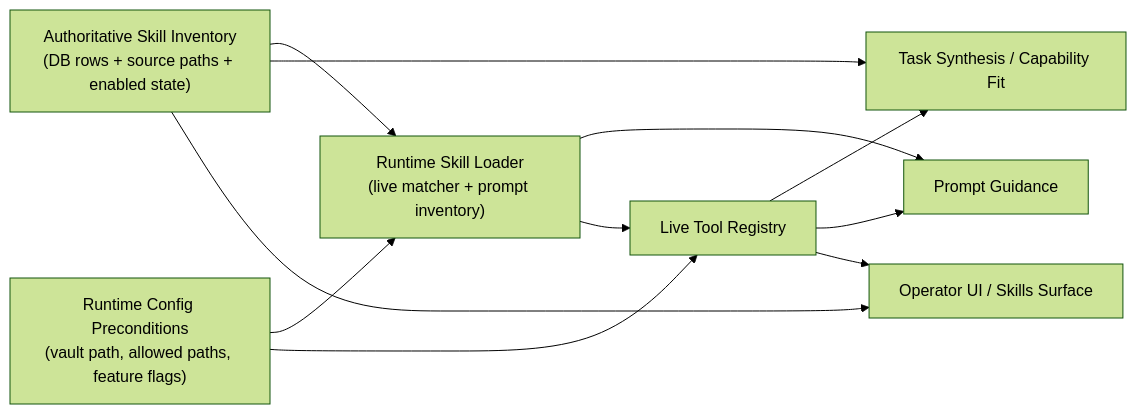
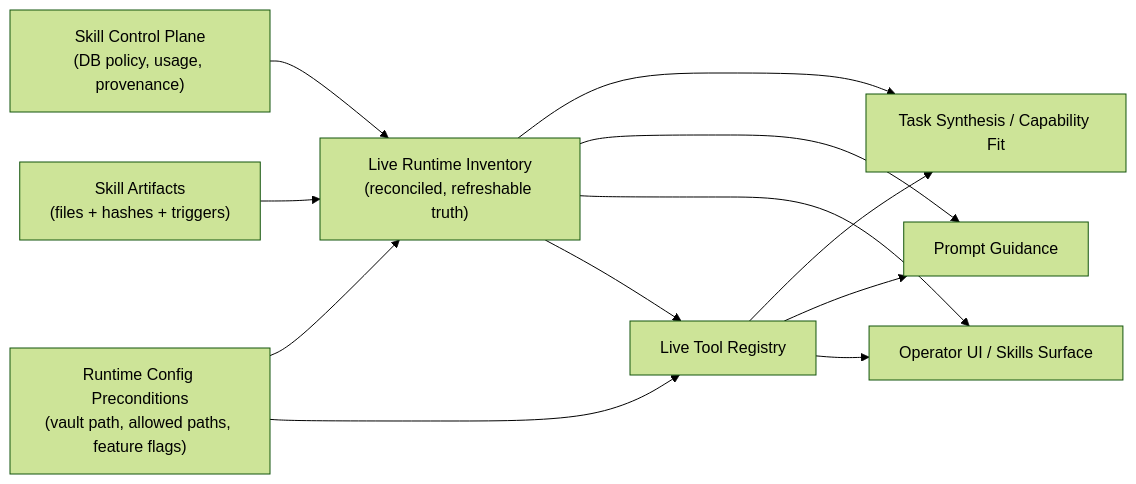
One commit to robot-accomplice/roboticus changed the seventh of 32 diagrams in docs/architecture-rules-diagrams.md. Above: the diagram before and after it, drawn with Mermaid (forest theme). The commit also changed other lines of this file and 154 other files, not shown here.

````diff
--- a/docs/architecture-rules-diagrams.md
+++ b/docs/architecture-rules-diagrams.md
@@ -889,21 +979,23 @@
 ```mermaid
 flowchart LR
-    store["Authoritative Skill Inventory\n(DB rows + source paths + enabled state)"]
-    loader["Runtime Skill Loader\n(live matcher + prompt inventory)"]
+    store["Skill Control Plane\n(DB policy, usage, provenance)"]
+    files["Skill Artifacts\n(files + hashes + triggers)"]
+    inventory["Live Runtime Inventory\n(reconciled, refreshable truth)"]
     cfg["Runtime Config Preconditions\n(vault path, allowed paths, feature flags)"]
     tools["Live Tool Registry"]
     synthesis["Task Synthesis / Capability Fit"]
     prompt["Prompt Guidance"]
     ui["Operator UI / Skills Surface"]
 
-    store --> loader
-    store --> synthesis
-    store --> ui
-    cfg --> loader
+    store --> inventory
+    files --> inventory
+    cfg --> inventory
     cfg --> tools
-    loader --> prompt
-    loader --> tools
+    inventory --> synthesis
+    inventory --> prompt
+    inventory --> ui
+    inventory --> tools
     tools --> synthesis
     tools --> prompt
     tools --> ui
 ```
````
